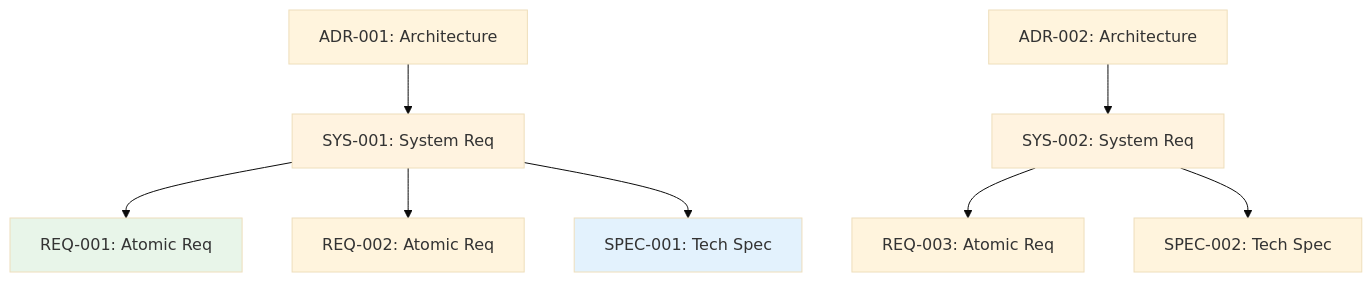
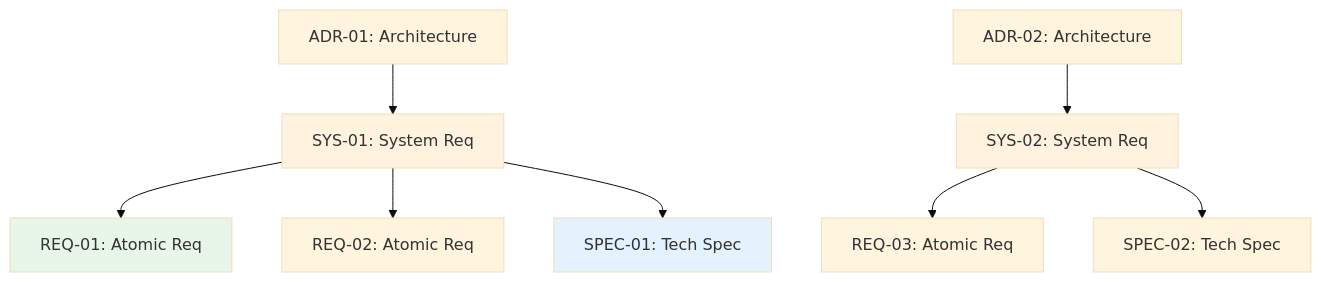
Before and after one commit to vladm3105/aidoc-flow-framework: the diagram in ai_dev_flow/SYS/SYS-000_TRACEABILITY_MATRIX-TEMPLATE.md, drawn with Mermaid (base theme). The commit also changed other lines of this file and 215 other files, not shown here.

````diff
--- a/ai_dev_flow/SYS/SYS-000_TRACEABILITY_MATRIX-TEMPLATE.md
+++ b/ai_dev_flow/SYS/SYS-000_TRACEABILITY_MATRIX-TEMPLATE.md
@@ -240,17 +240,17 @@
 ```mermaid
 graph TD
-    ADR001[ADR-001: Architecture] --> SYS001[SYS-001: System Req]
-    ADR002[ADR-002: Architecture] --> SYS002[SYS-002: System Req]
+    ADR001[ADR-01: Architecture] --> SYS001[SYS-01: System Req]
+    ADR002[ADR-02: Architecture] --> SYS002[SYS-02: System Req]
 
-    SYS001 --> REQ001[REQ-001: Atomic Req]
-    SYS001 --> REQ002[REQ-002: Atomic Req]
-    SYS001 --> SPEC001[SPEC-001: Tech Spec]
+    SYS001 --> REQ01[REQ-01: Atomic Req]
+    SYS001 --> REQ02[REQ-02: Atomic Req]
+    SYS001 --> SPEC01[SPEC-01: Tech Spec]
 
-    SYS002 --> REQ003[REQ-003: Atomic Req]
-    SYS002 --> SPEC002[SPEC-002: Tech Spec]
+    SYS002 --> REQ03[REQ-03: Atomic Req]
+    SYS002 --> SPEC002[SPEC-02: Tech Spec]
 
     style SYS001 fill:#fff3e0
     style SYS002 fill:#fff3e0
-    style REQ001 fill:#e8f5e9
-    style SPEC001 fill:#e3f2fd
+    style REQ01 fill:#e8f5e9
+    style SPEC01 fill:#e3f2fd
 ```
````
